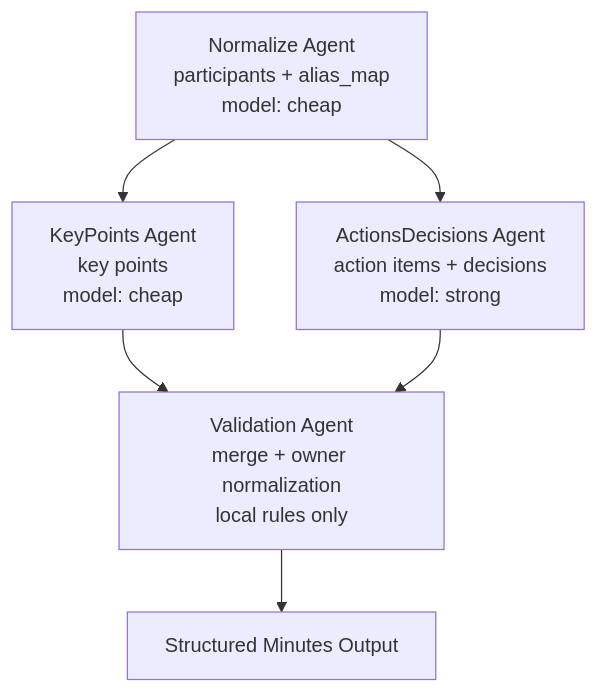
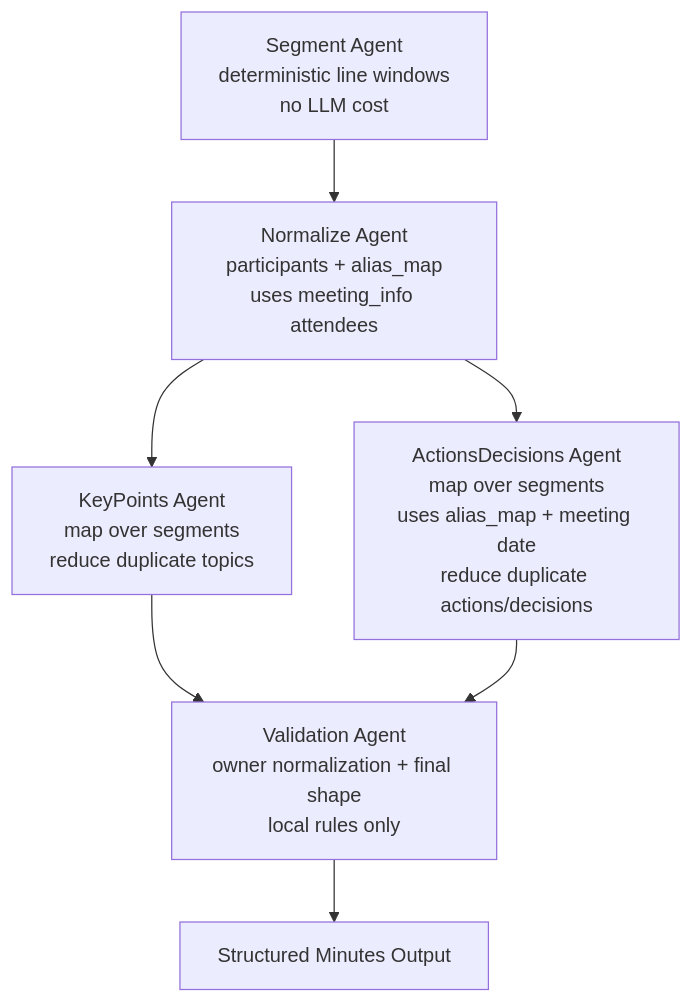
Before and after one commit to KeaiPandas/Minsight: the diagram in Core/v2/architecture.md, drawn with Mermaid. The commit also changed other lines of this file and 13 other files, not shown here.

Commit message:
harden eval and add v2 segment map reduce

````diff
--- a/Core/v2/architecture.md
+++ b/Core/v2/architecture.md
@@ -5,12 +8,16 @@
 ```mermaid
 flowchart TD
-    A["Normalize Agent<br/>participants + alias_map<br/>model: cheap"]
-    B["KeyPoints Agent<br/>key points<br/>model: cheap"]
-    C["ActionsDecisions Agent<br/>action items + decisions<br/>model: strong"]
-    D["Validation Agent<br/>merge + owner normalization<br/>local rules only"]
-    A --> B
-    A --> C
-    B --> D
-    C --> D
-    D --> E["Structured Minutes Output"]
+    S["Segment Agent<br/>deterministic line windows<br/>no LLM cost"]
+    N["Normalize Agent<br/>participants + alias_map<br/>uses meeting_info attendees"]
+    K["KeyPoints Agent<br/>map over segments<br/>reduce duplicate topics"]
+    A["ActionsDecisions Agent<br/>map over segments<br/>uses alias_map + meeting date<br/>reduce duplicate actions/decisions"]
+    V["Validation Agent<br/>owner normalization + final shape<br/>local rules only"]
+    O["Structured Minutes Output"]
+
+    S --> N
+    N --> K
+    N --> A
+    K --> V
+    A --> V
+    V --> O
 ```
````
